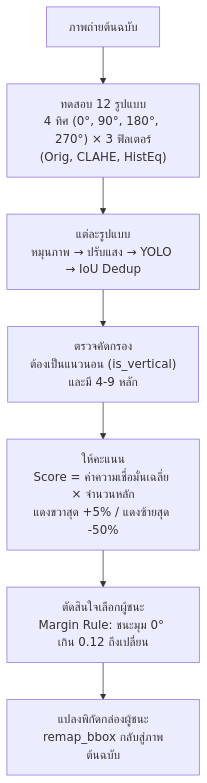
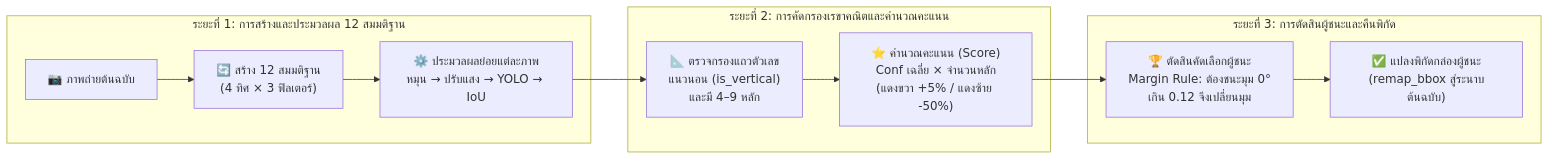
Before and after one commit to jirathxz/meter-reader: the fourth of 5 diagrams in TUTORIAL.md, drawn with Mermaid. The commit also changed other lines of this file, not shown here.

Commit message:
style(docs): update all diagrams to flowchart LR with 16:9 widescreen layout

````diff
--- a/TUTORIAL.md
+++ b/TUTORIAL.md
@@ -741,9 +732,17 @@
 ```mermaid
-flowchart TD
- A[" ภาพถ่ายต้นฉบับ"] --> B["ทดสอบ 12 รูปแบบ<br/>4 ทิศ (0°, 90°, 180°, 270°) × 3 ฟิลเตอร์<br/>(Orig, CLAHE, HistEq)"]
- B --> C["แต่ละรูปแบบ<br/>หมุนภาพ → ปรับแสง → YOLO → IoU Dedup"]
- C --> D["ตรวจคัดกรอง<br/>ต้องเป็นแนวนอน (is_vertical)<br/>และมี 4-9 หลัก"]
- D --> E["ให้คะแนน<br/>Score = ค่าความเชื่อมั่นเฉลี่ย × จำนวนหลัก<br/>แดงขวาสุด +5% / แดงซ้ายสุด -50%"]
- E --> F["ตัดสินใจเลือกผู้ชนะ<br/>Margin Rule: ชนะมุม 0° เกิน 0.12 ถึงเปลี่ยน"]
- F --> G["แปลงพิกัดกล่องผู้ชนะ<br/>remap_bbox กลับสู่ภาพต้นฉบับ"]
+flowchart LR
+  subgraph Phase1 ["ระยะที่ 1: การสร้างและประมวลผล 12 สมมติฐาน"]
+    A["📷 ภาพถ่ายต้นฉบับ"] --> B["🔄 สร้าง 12 สมมติฐาน<br/>(4 ทิศ × 3 ฟิลเตอร์)"]
+    B --> C["⚙️ ประมวลผลย่อยแต่ละภาพ<br/>หมุน → ปรับแสง → YOLO → IoU"]
+  end
+
+  subgraph Phase2 ["ระยะที่ 2: การคัดกรองเรขาคณิตและคำนวณคะแนน"]
+    C --> D["📐 ตรวจกรองแถวตัวเลข<br/>แนวนอน (is_vertical)<br/>และมี 4–9 หลัก"]
+    D --> E["⭐ คำนวณคะแนน (Score)<br/>Conf เฉลี่ย × จำนวนหลัก<br/>(แดงขวา +5% / แดงซ้าย -50%)"]
+  end
+
+  subgraph Phase3 ["ระยะที่ 3: การตัดสินผู้ชนะและคืนพิกัด"]
+    E --> F["🏆 ตัดสินคัดเลือกผู้ชนะ<br/>Margin Rule: ต้องชนะมุม 0°<br/>เกิน 0.12 จึงเปลี่ยนมุม"]
+    F --> G["✅ แปลงพิกัดกล่องผู้ชนะ<br/>(remap_bbox สู่ระนาบต้นฉบับ)"]
+  end
 ```
````
